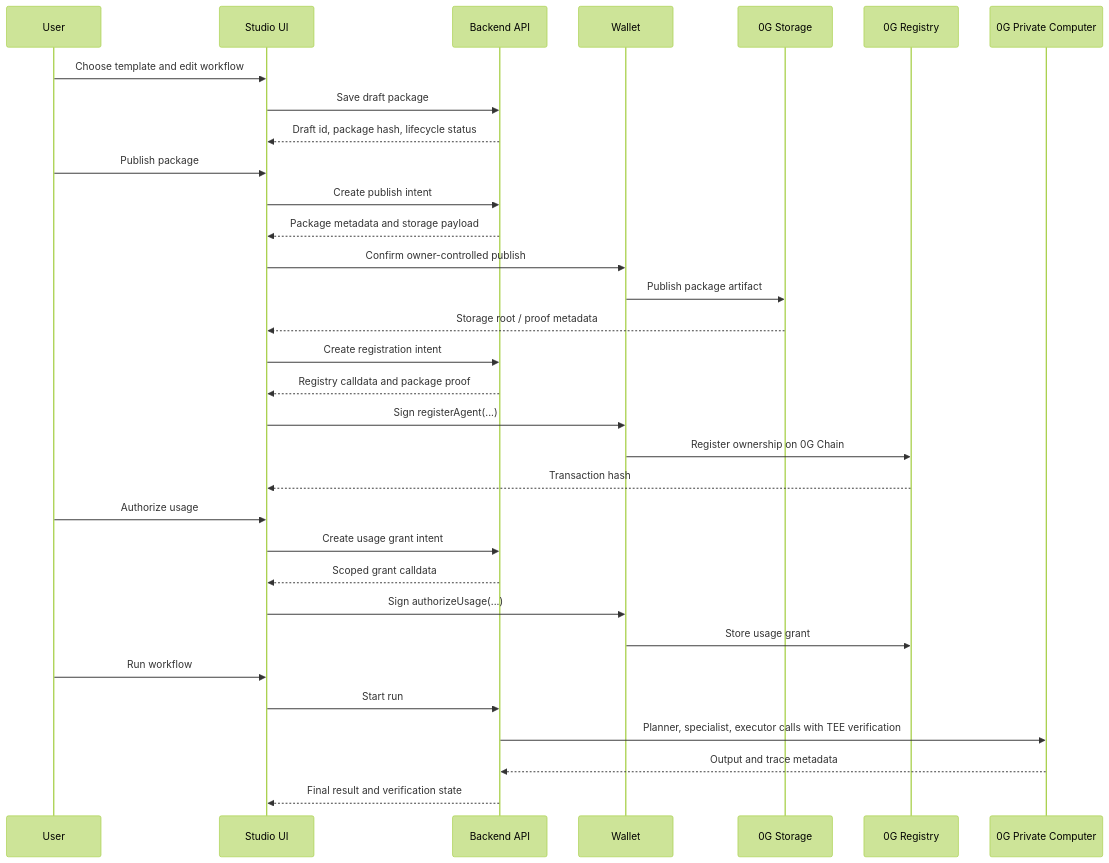
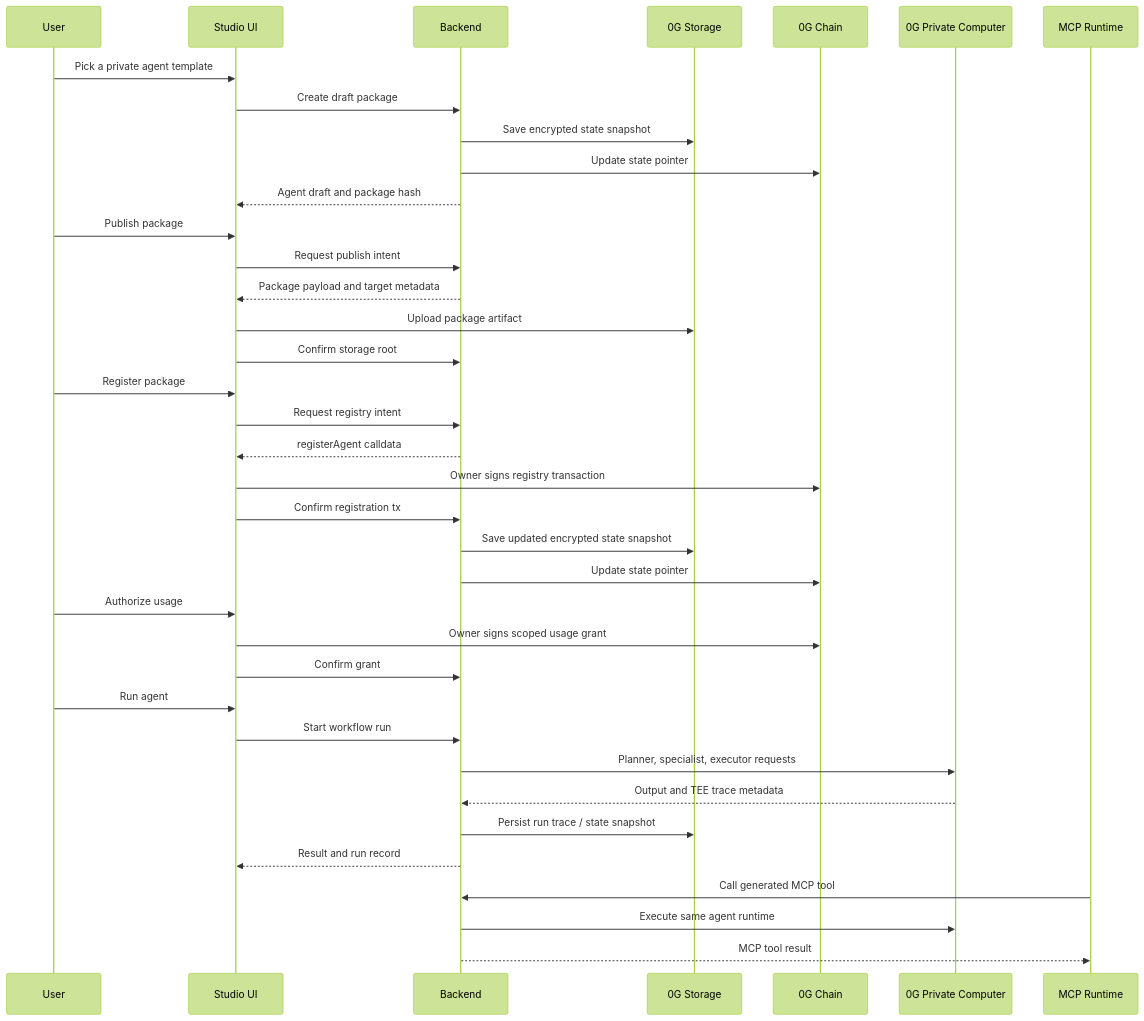
The second of 3 diagrams in ARCHITECTURE.md (N-45div/Private-Agent-Studio), drawn with Mermaid (forest theme) before and after one commit. The commit also changed other lines of this file and 1 other file, not shown here.

````diff
--- a/ARCHITECTURE.md
+++ b/ARCHITECTURE.md
@@ -58,39 +43,45 @@
 ```mermaid
 sequenceDiagram
     participant User
     participant UI as Studio UI
-    participant API as Backend API
-    participant Wallet
+    participant API as Backend
     participant Storage as 0G Storage
-    participant Registry as 0G Registry
+    participant Chain as 0G Chain
     participant Compute as 0G Private Computer
+    participant MCP as MCP Runtime
 
-    User->>UI: Choose template and edit workflow
-    UI->>API: Save draft package
-    API-->>UI: Draft id, package hash, lifecycle status
+    User->>UI: Pick a private agent template
+    UI->>API: Create draft package
+    API->>Storage: Save encrypted state snapshot
+    API->>Chain: Update state pointer
+    API-->>UI: Agent draft and package hash
 
     User->>UI: Publish package
-    UI->>API: Create publish intent
-    API-->>UI: Package metadata and storage payload
-    UI->>Wallet: Confirm owner-controlled publish
-    Wallet->>Storage: Publish package artifact
-    Storage-->>UI: Storage root / proof metadata
+    UI->>API: Request publish intent
+    API-->>UI: Package payload and target metadata
+    UI->>Storage: Upload package artifact
+    UI->>API: Confirm storage root
 
-    UI->>API: Create registration intent
-    API-->>UI: Registry calldata and package proof
-    UI->>Wallet: Sign registerAgent(...)
-    Wallet->>Registry: Register ownership on 0G Chain
-    Registry-->>UI: Transaction hash
+    User->>UI: Register package
+    UI->>API: Request registry intent
+    API-->>UI: registerAgent calldata
+    UI->>Chain: Owner signs registry transaction
+    UI->>API: Confirm registration tx
+    API->>Storage: Save updated encrypted state snapshot
+    API->>Chain: Update state pointer
 
     User->>UI: Authorize usage
-    UI->>API: Create usage grant intent
-    API-->>UI: Scoped grant calldata
-    UI->>Wallet: Sign authorizeUsage(...)
-    Wallet->>Registry: Store usage grant
+    UI->>Chain: Owner signs scoped usage grant
+    UI->>API: Confirm grant
 
-    User->>UI: Run workflow
-    UI->>API: Start run
-    API->>Compute: Planner, specialist, executor calls with TEE verification
-    Compute-->>API: Output and trace metadata
-    API-->>UI: Final result and verification state
+    User->>UI: Run agent
+    UI->>API: Start workflow run
+    API->>Compute: Planner, specialist, executor requests
+    Compute-->>API: Output and TEE trace metadata
+    API->>Storage: Persist run trace / state snapshot
+    API-->>UI: Result and run record
+
+    MCP->>API: Call generated MCP tool
+    API->>Compute: Execute same agent runtime
+    API-->>MCP: MCP tool result
 ```
````
